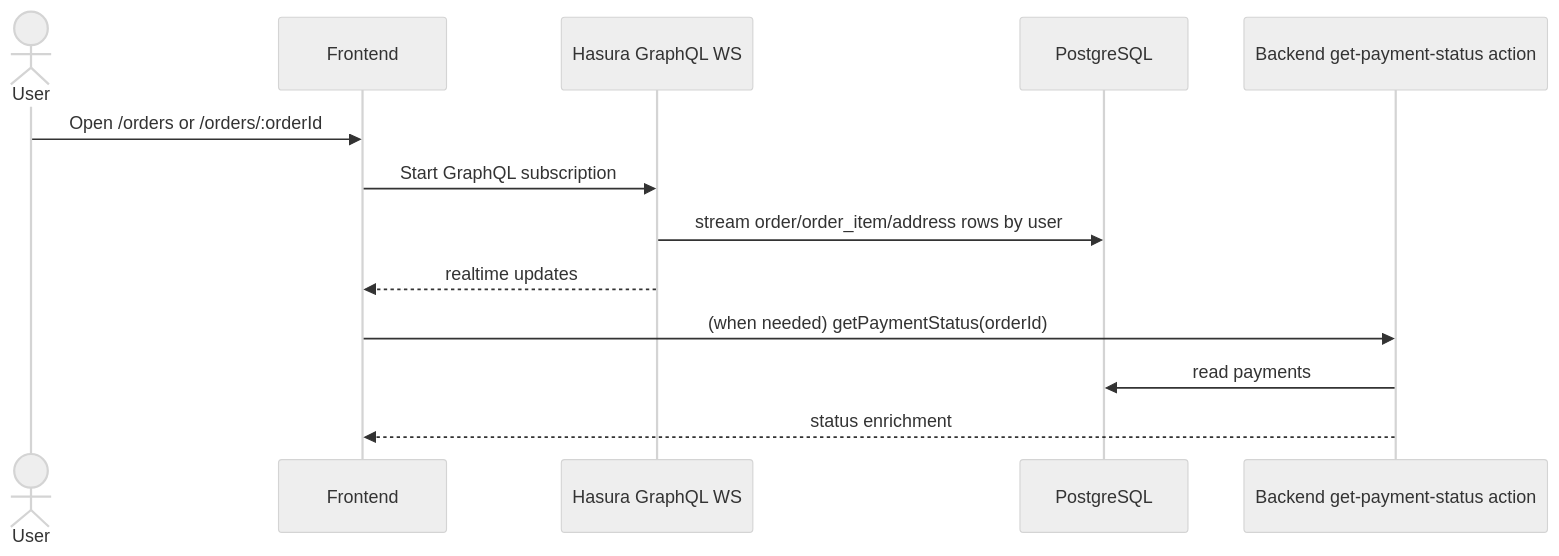
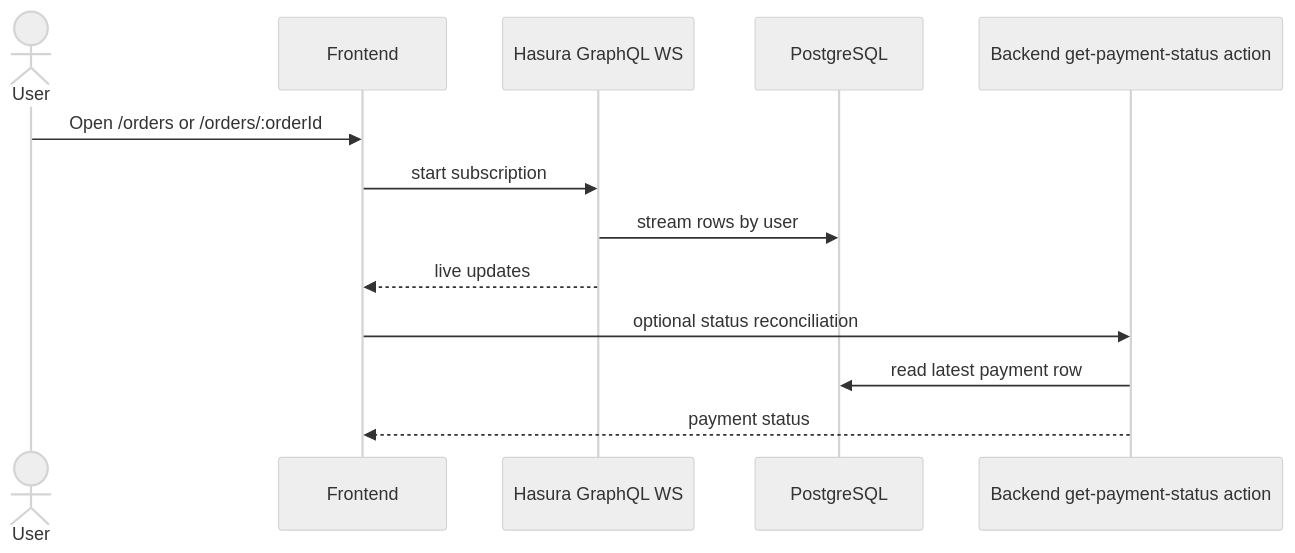
One commit to 007abishek/react-frontend changed the seventh of 7 diagrams in SEQUENCE_DIAGRAMS.md. Above: the diagram before and after it, drawn with Mermaid (neutral theme). The commit also changed other lines of this file and 24 other files, not shown here.

````diff
--- a/SEQUENCE_DIAGRAMS.md
+++ b/SEQUENCE_DIAGRAMS.md
@@ -157,17 +151,17 @@
 ```mermaid
 sequenceDiagram
   actor U as User
   participant FE as Frontend
   participant HWS as Hasura GraphQL WS
   participant DB as PostgreSQL
   participant BE as Backend get-payment-status action
 
   U->>FE: Open /orders or /orders/:orderId
-  FE->>HWS: Start GraphQL subscription
-  HWS->>DB: stream order/order_item/address rows by user
-  HWS-->>FE: realtime updates
+  FE->>HWS: start subscription
+  HWS->>DB: stream rows by user
+  HWS-->>FE: live updates
 
-  FE->>BE: (when needed) getPaymentStatus(orderId)
-  BE->>DB: read payments
-  BE-->>FE: status enrichment
+  FE->>BE: optional status reconciliation
+  BE->>DB: read latest payment row
+  BE-->>FE: payment status
 ```
````
